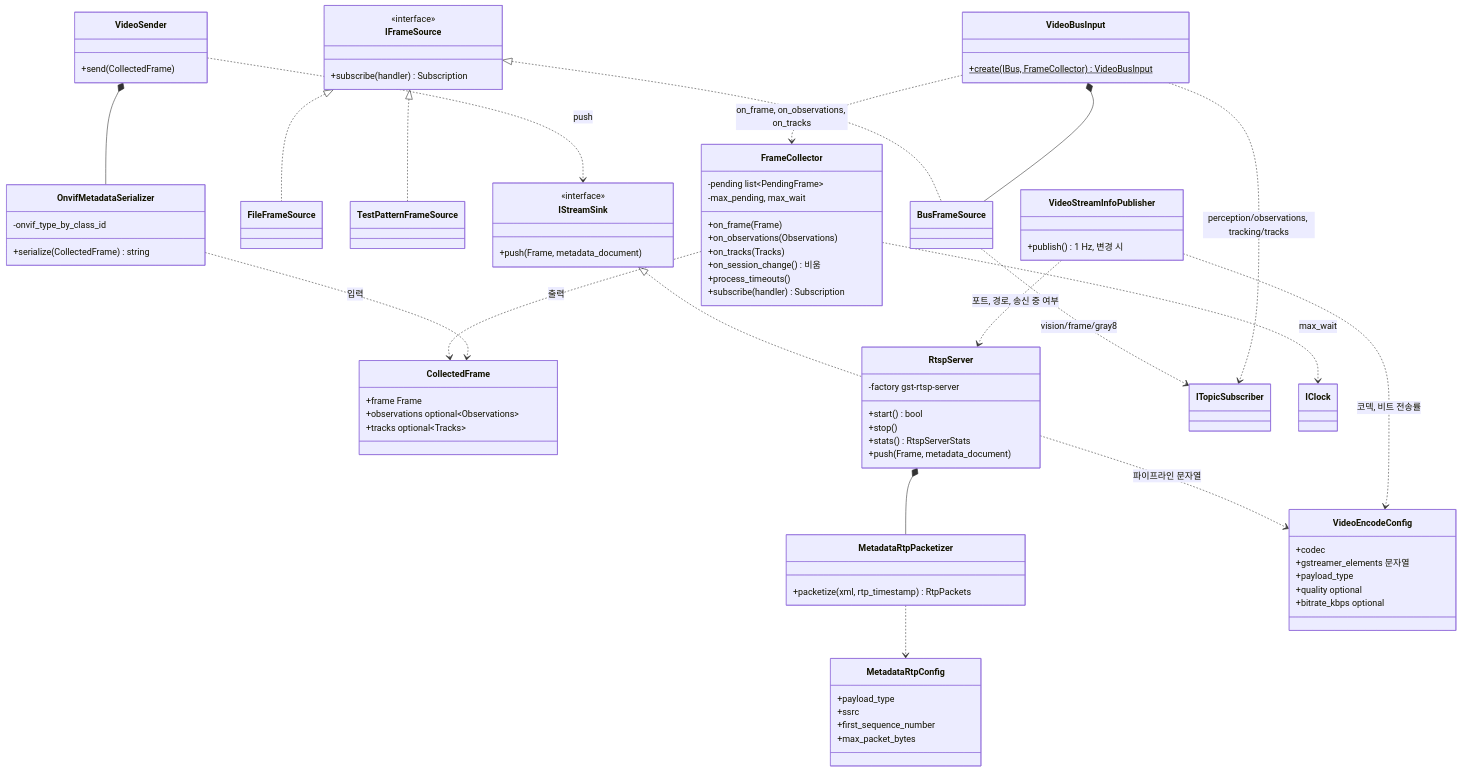
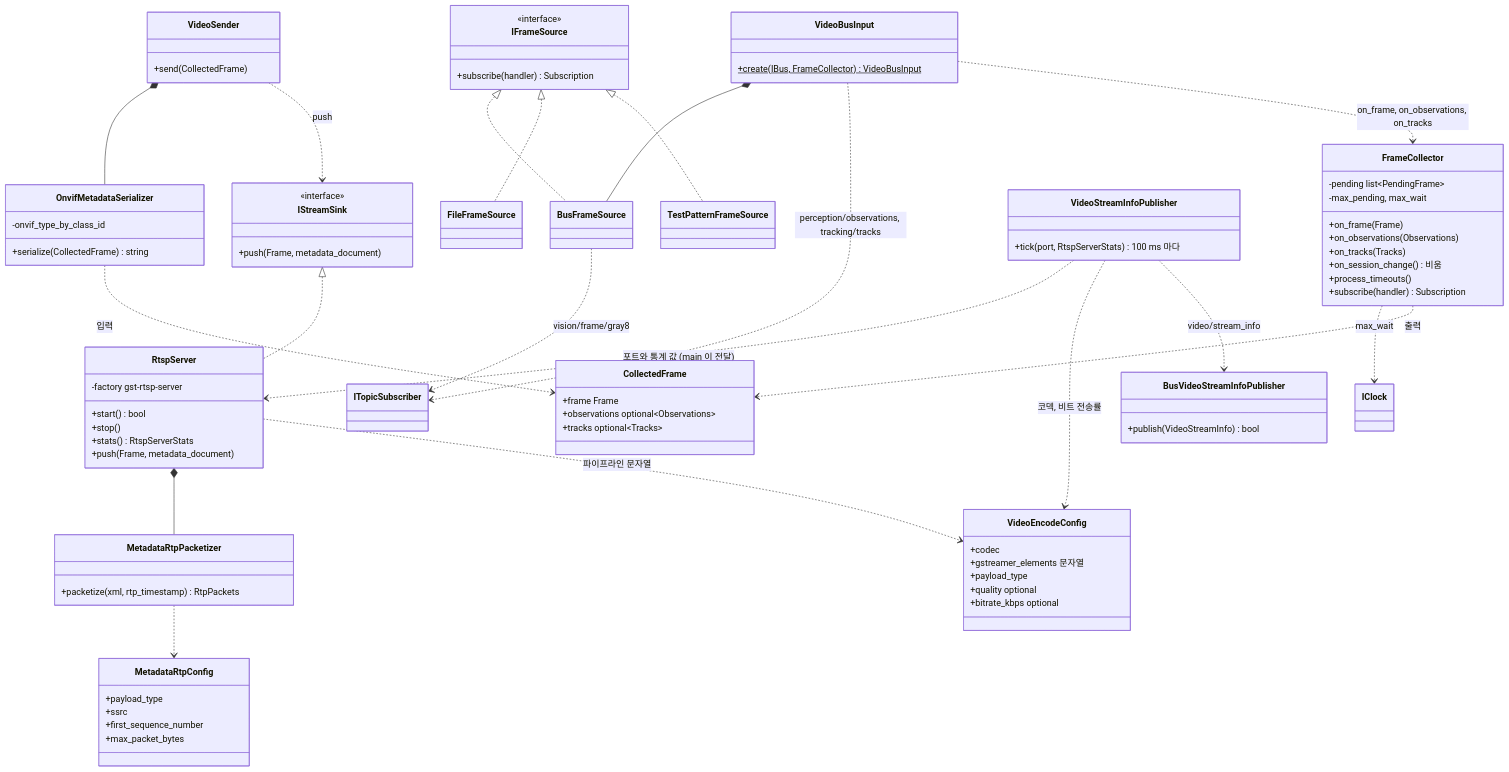
One commit to lig-argus/argus-edge-vision changed the first of 2 diagrams in docs/design/uml/class_video.md. Above: the diagram before and after it, drawn with Mermaid. The commit also changed other lines of this file and 30 other files, not shown here.

First line of the commit message:
feat(onboard): video/stream_info 의 C++ 값 타입과 영상 송신부 발행 추가 (#140)

````diff
--- a/docs/design/uml/class_video.md
+++ b/docs/design/uml/class_video.md
@@ -68,7 +68,10 @@
         +send(CollectedFrame)
     }
     class VideoStreamInfoPublisher {
-        +publish() 1 Hz, 변경 시
+        +tick(port, RtspServerStats) 100 ms 마다
+    }
+    class BusVideoStreamInfoPublisher {
+        +publish(VideoStreamInfo) bool
     }
     class VideoBusInput {
         +create(IBus, FrameCollector)$ VideoBusInput
@@ -90,6 +93,7 @@
     VideoSender ..> IStreamSink : push
     RtspServer *-- MetadataRtpPacketizer
     RtspServer ..> VideoEncodeConfig : 파이프라인 문자열
-    VideoStreamInfoPublisher ..> RtspServer : 포트, 경로, 송신 중 여부
+    VideoStreamInfoPublisher ..> RtspServer : 포트와 통계 값 (main 이 전달)
     VideoStreamInfoPublisher ..> VideoEncodeConfig : 코덱, 비트 전송률
+    VideoStreamInfoPublisher ..> BusVideoStreamInfoPublisher : video/stream_info
 ```
````
